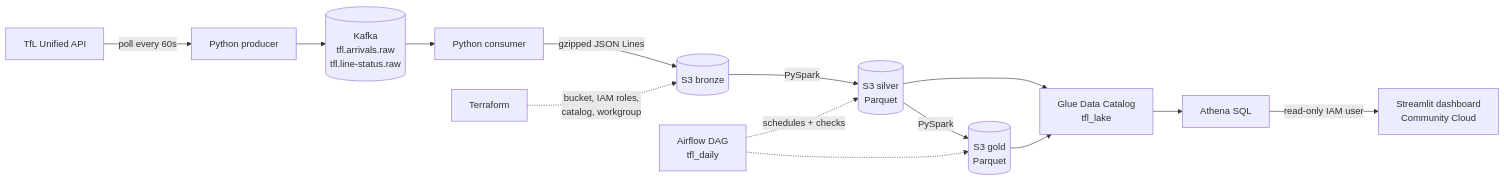
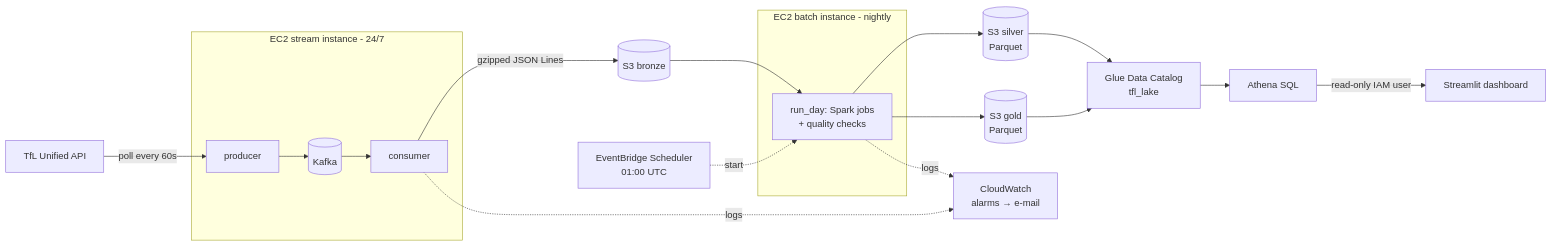
One commit to Muhammad234871/tfl-streaming-pipeline changed the first of 2 diagrams in README.md. Above: the diagram before and after it, drawn with Mermaid. The commit also changed other lines of this file, not shown here.

Commit message:
README: production on AWS, monitoring, CD, cost guardrails, data-quality findings

````diff
--- a/README.md
+++ b/README.md
@@ -23,16 +28,22 @@
 ```mermaid
 flowchart LR
-    A[TfL Unified API] -->|poll every 60s| B[Python producer]
-    B --> C[(Kafka<br/>tfl.arrivals.raw<br/>tfl.line-status.raw)]
-    C --> D[Python consumer]
+    A[TfL Unified API] -->|poll every 60s| B[producer]
+    subgraph EC2 stream instance - 24/7
+      B --> C[(Kafka)]
+      C --> D[consumer]
+    end
     D -->|gzipped JSON Lines| E[(S3 bronze)]
-    E -->|PySpark| F[(S3 silver<br/>Parquet)]
-    F -->|PySpark| G[(S3 gold<br/>Parquet)]
+    subgraph EC2 batch instance - nightly
+      R[run_day: Spark jobs<br/>+ quality checks]
+    end
+    S[EventBridge Scheduler<br/>01:00 UTC] -.->|start| R
+    E --> R
+    R --> F[(S3 silver<br/>Parquet)]
+    R --> G[(S3 gold<br/>Parquet)]
     F --> K[Glue Data Catalog<br/>tfl_lake]
     G --> K
     K --> H[Athena SQL]
-    W[Airflow DAG<br/>tfl_daily] -.->|schedules + checks| F
-    W -.-> G
-    T[Terraform] -.->|bucket, IAM roles,<br/>catalog, workgroup| E
-    H -->|read-only IAM user| I[Streamlit dashboard<br/>Community Cloud]
+    H -->|read-only IAM user| I[Streamlit dashboard]
+    D -. logs .-> M[CloudWatch<br/>alarms → e-mail]
+    R -. logs .-> M
 ```
````
